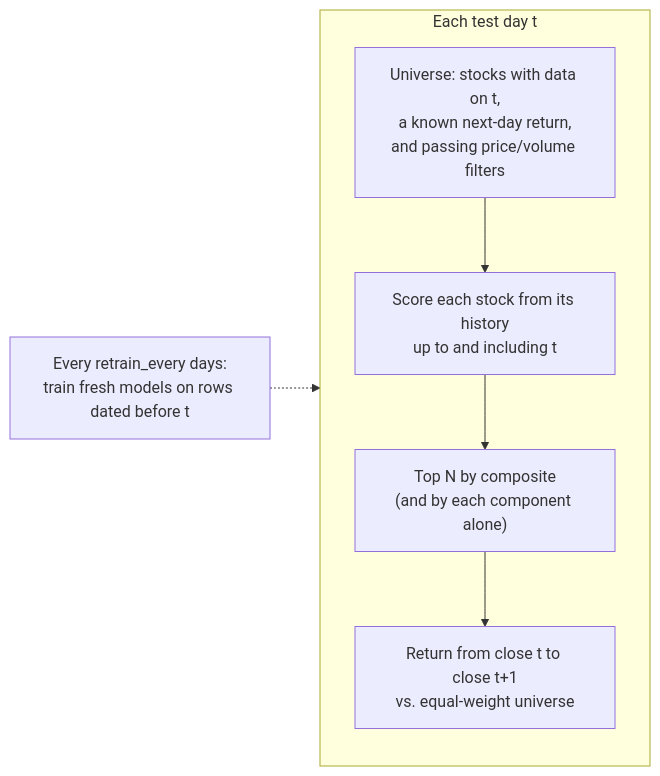
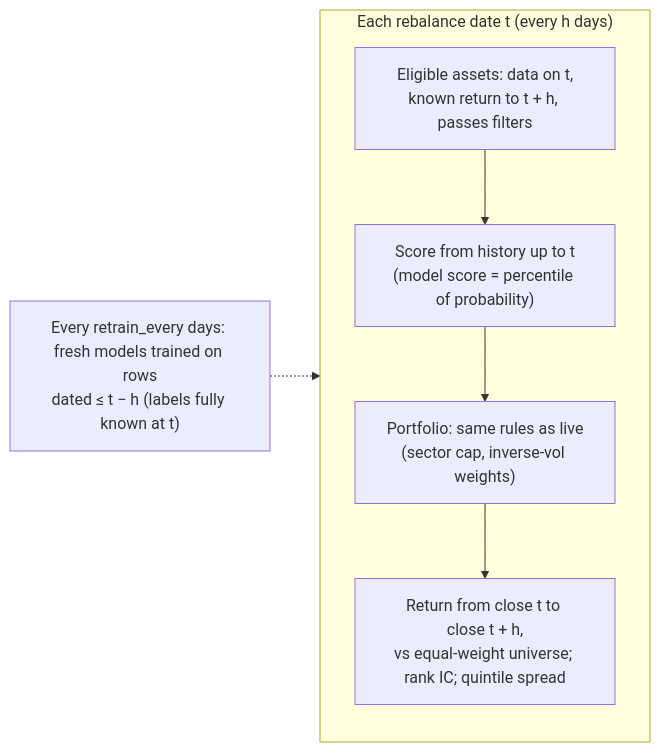
Before and after one commit to elyr/stock-market-predictor: the fourth of 5 diagrams in docs/ARCHITECTURE.md, drawn with Mermaid. The commit also changed other lines of this file and 93 other files, not shown here.

````diff
--- a/docs/ARCHITECTURE.md
+++ b/docs/ARCHITECTURE.md
@@ -299,12 +305,12 @@
 ```mermaid
 flowchart LR
-    subgraph "Each test day t"
+    subgraph "Each rebalance date t (every h days)"
         direction TB
-        S1["Universe: stocks with data on t,<br/>a known next-day return,<br/>and passing price/volume filters"]
-        S2["Score each stock from its history<br/>up to and including t"]
-        S3["Top N by composite<br/>(and by each component alone)"]
-        S4["Return from close t to close t+1<br/>vs. equal-weight universe"]
+        S1["Eligible assets: data on t,<br/>known return to t + h, passes filters"]
+        S2["Score from history up to t<br/>(model score = percentile of probability)"]
+        S3["Portfolio: same rules as live<br/>(sector cap, inverse-vol weights)"]
+        S4["Return from close t to close t + h,<br/>vs equal-weight universe; rank IC; quintile spread"]
         S1 --> S2 --> S3 --> S4
     end
-    R["Every retrain_every days:<br/>train fresh models on rows dated before t"] -.-> S2
+    R["Every retrain_every days: fresh models trained on rows<br/>dated ≤ t − h (labels fully known at t)"] -.-> S2
 ```
````
